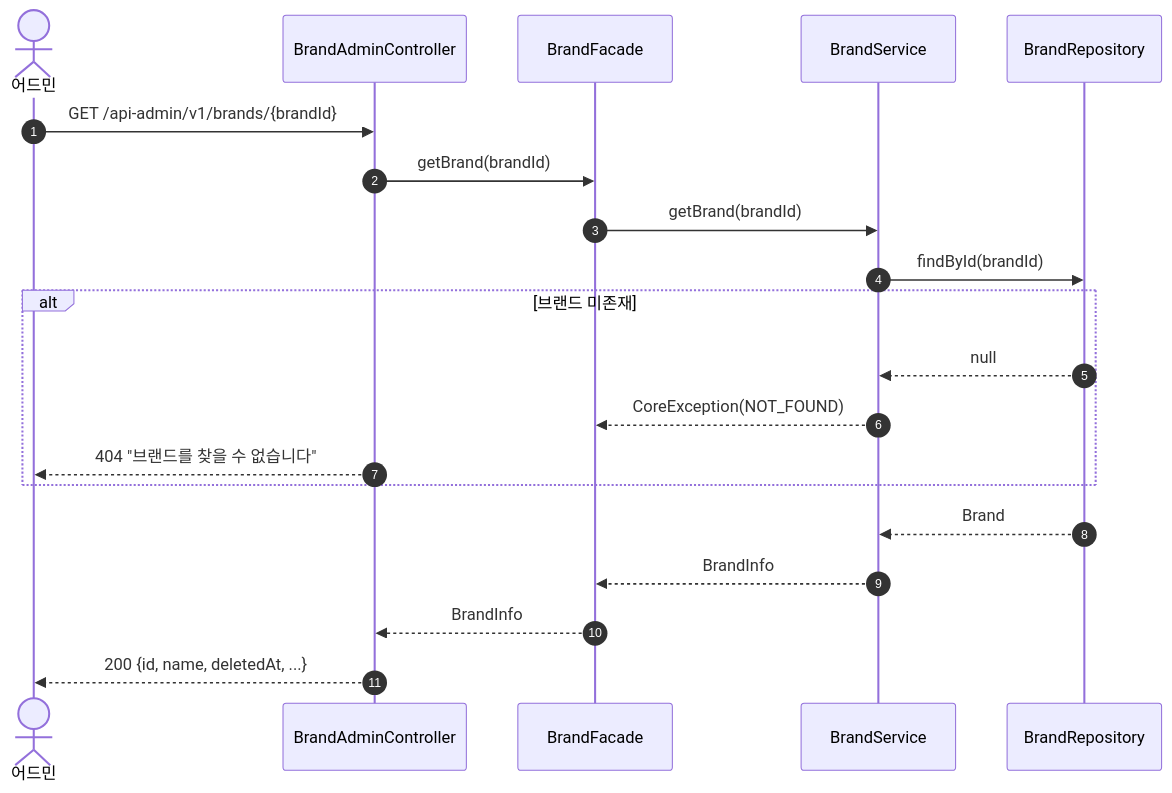
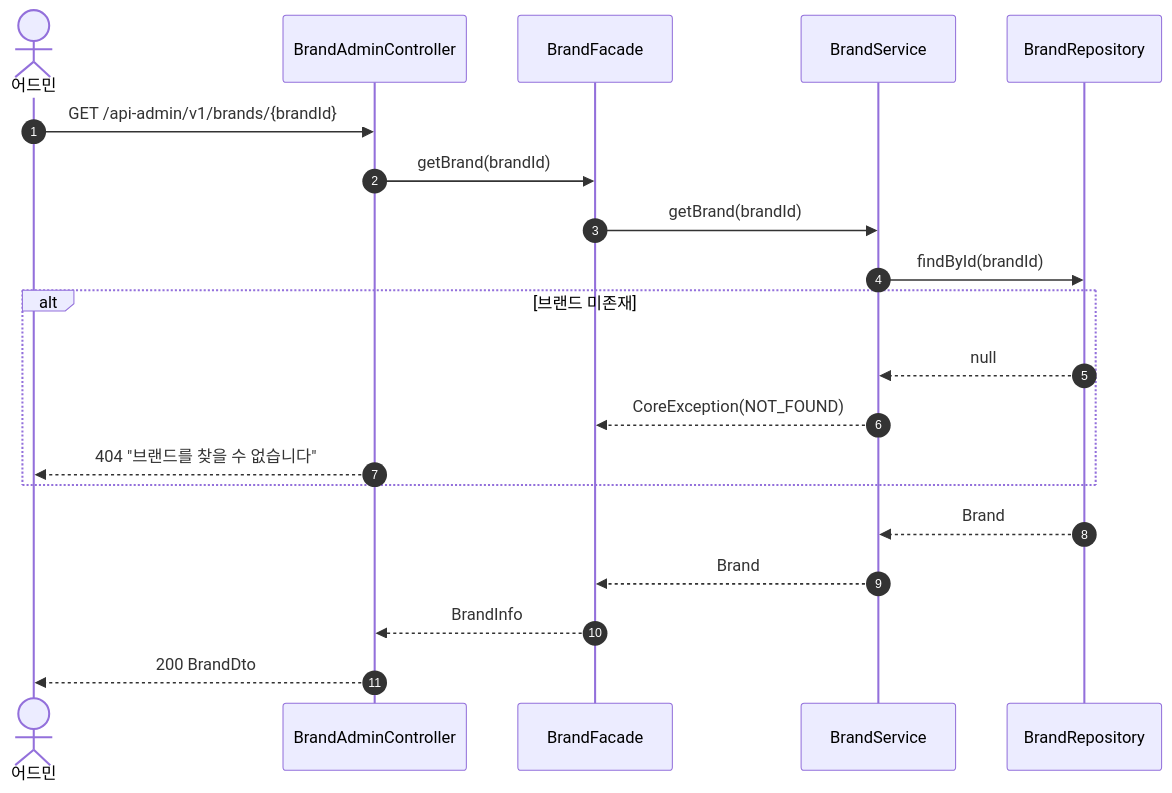
One commit to Loopers-dev-lab/loop-pack-be-l2-vol3-kotlin changed the fifth of 21 diagrams in docs/design/02-sequence-diagrams.md. Above: the diagram before and after it, drawn with Mermaid. The commit also changed other lines of this file and 4 other files, not shown here.

````diff
--- a/docs/design/02-sequence-diagrams.md
+++ b/docs/design/02-sequence-diagrams.md
@@ -154,24 +152,24 @@
 ```mermaid
 sequenceDiagram
     autonumber
     actor Admin as 어드민
     participant C as BrandAdminController
     participant F as BrandFacade
     participant BS as BrandService
     participant BR as BrandRepository
     Admin ->> C: GET /api-admin/v1/brands/{brandId}
     C ->> F: getBrand(brandId)
     F ->> BS: getBrand(brandId)
     BS ->> BR: findById(brandId)
 
     alt 브랜드 미존재
         BR -->> BS: null
         BS -->> F: CoreException(NOT_FOUND)
         C -->> Admin: 404 "브랜드를 찾을 수 없습니다"
     end
 
     BR -->> BS: Brand
-    BS -->> F: BrandInfo
+    BS -->> F: Brand
     F -->> C: BrandInfo
-    C -->> Admin: 200 {id, name, deletedAt, ...}
+    C -->> Admin: 200 BrandDto
 ```
````
